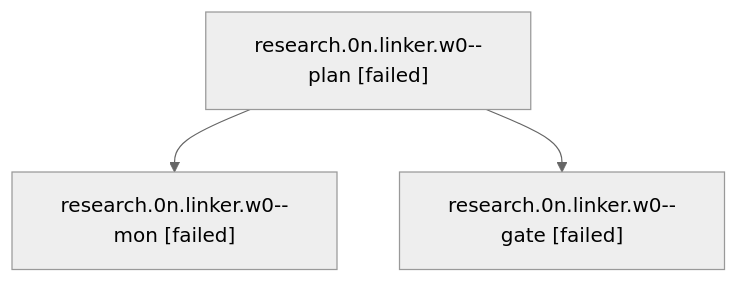
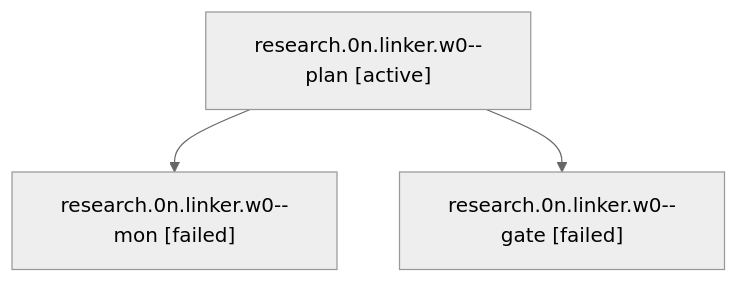
The diagram in sessions/bbugyi200.apollo.research.0n.linker.w0.md (sase-org/sase--agents), drawn with Mermaid (neutral theme) before and after one commit. The commit also changed other lines of this file and 522 other files, not shown here.

````diff
--- a/sessions/bbugyi200.apollo.research.0n.linker.w0.md
+++ b/sessions/bbugyi200.apollo.research.0n.linker.w0.md
@@ -9,8 +9,8 @@
 ```mermaid
 flowchart TD
-  n0["research.0n.linker.w0--plan [failed]"]
+  n0["research.0n.linker.w0--plan [active]"]
   n1["research.0n.linker.w0--mon [failed]"]
   n0 --> n1
   n2["research.0n.linker.w0--gate [failed]"]
   n0 --> n2
 ```
````
